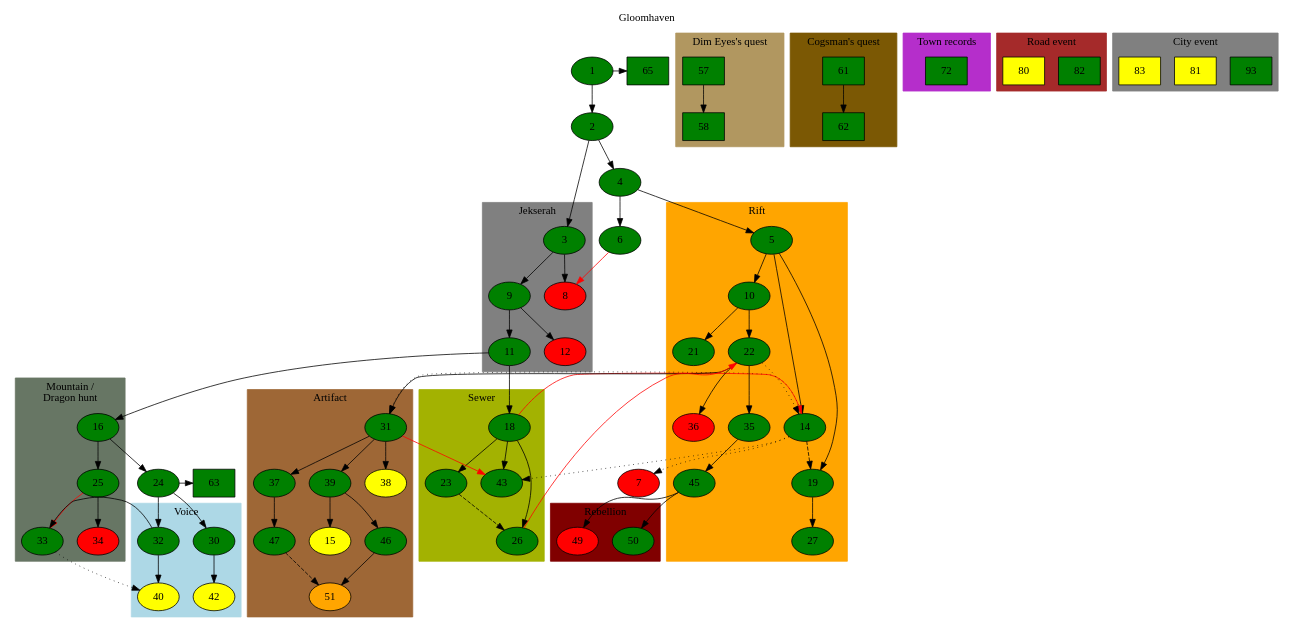
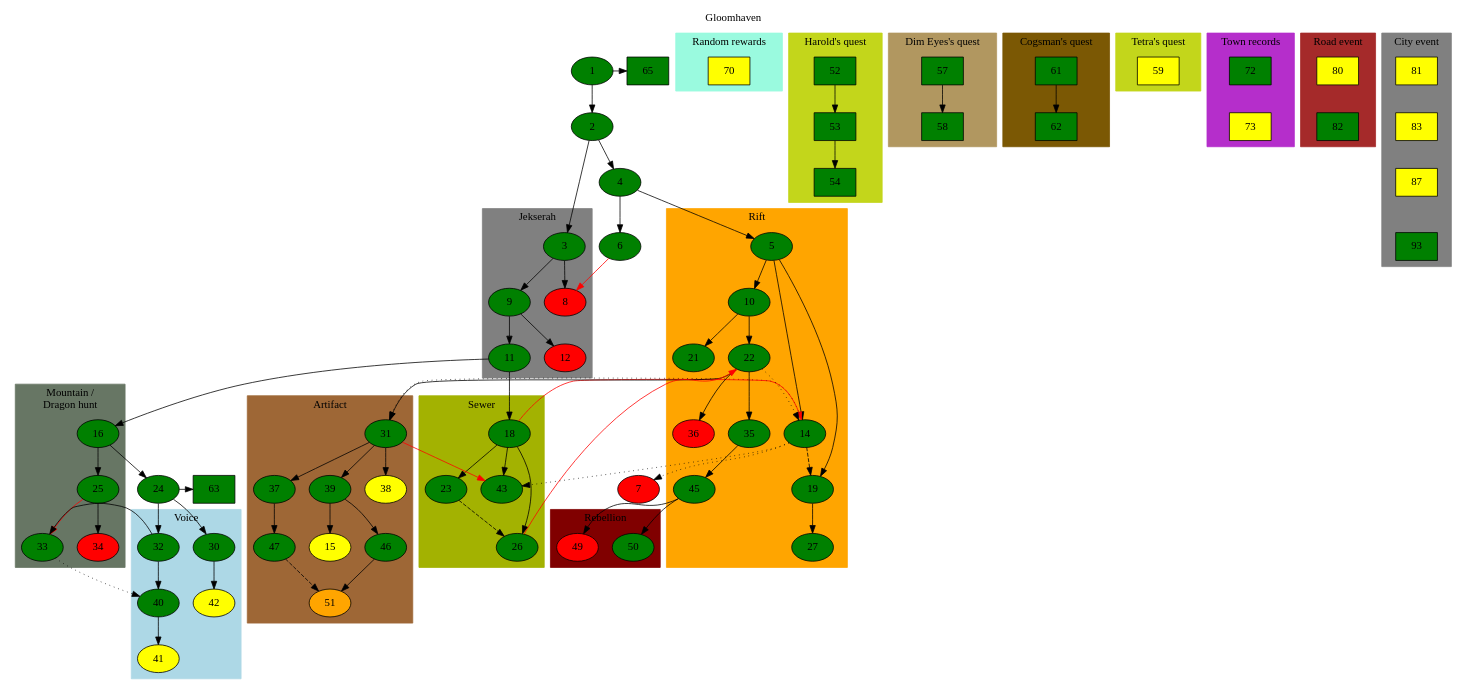
The diagram in scenarios.dot (PickledChris/gloomhaven-scenario-tracking), drawn with Graphviz before and after one commit. The commit also changed 1 other file, not shown here.

```diff
--- a/scenarios.dot
+++ b/scenarios.dot
@@ -1,165 +1,195 @@
 digraph world {
 	label="Gloomhaven";
 	labelloc="top";
 
 	# Normal, completed
-	1,2,3,4,5,6,9,10,11,14,16,18,19,21,22,23,24,25,26,27,30,31,32,33,35,37,39,43,45,46,47,50 [style=filled fillcolor="green"];
+	1,2,3,4,5,6,9,10,11,14,16,18,19,21,22,23,24,25,26,27,30,
+	31,32,33,35,37,39,40,43,45,46,47,50 [style=filled fillcolor="green"];
 	# Normal, incomplete
-	15,38,40,42 [style=filled fillcolor="yellow"];
+	15,38,41,42,70 [style=filled fillcolor="yellow"];
 	# Normal, incomplete, requirements not met
 	51 [style=filled fillcolor="orange"];
 	# Normal, uncompletable
 	7,8,12,34,36,49[style=filled fillcolor="red"];
+	# Completed, casual
+	# 7
+	# "Unlocked" in casual
+	# 20
 
 	# Side, completed
 	## Personal quest
-	57,58,61,62 [style=filled fillcolor="green" shape=box]; 
-	## Random reward
+	52,53,54,57,58,61,62 [style=filled fillcolor="green" shape=box]; 
+	59 [style=filled fillcolor="yellow" shape=box]; 
 	63,65 [style=filled fillcolor="green" shape=box]; 
+	70 [style=filled fillcolor="yellow" shape=box]; 
 	{rank=same; 1 65;}
 	{rank=same; 24 63;}
+	# Town records, road, city events
 	# Complete
-	72 [style=filled fillcolor="green" shape=box]; 
-
-	# Road/City
-	# Complete
-	82,93 [style=filled fillcolor="green" shape=box]; 
+	72,82,93 [style=filled fillcolor="green" shape=box]; 
 	# Incomplete
-	80,81,83 [style=filled fillcolor="yellow" shape=box]; 
+	73,80,81,83,87 [style=filled fillcolor="yellow" shape=box]; 
 
 	1 -> 2;
 	1 -> 65;
 
 	2 -> 3;
 	2 -> 4;
 	4 -> 5;
 	4 -> 6;
 	6 -> 8 [color="red"];
 	14 -> 7 [style="dotted"]; # Reference
 	14 -> 31 [style="dotted"]; # Reference
 	14 -> 43 [style="dotted"]; # Reference
 	11 -> 16;
 	11 -> 18;
 	18 -> 14 [color="red"];
 	26 -> 22 [color="red"];
 	23 -> 26 [style="dashed"]; # Unlocked 
 	24 -> 63;
 	31 -> 43 [color="red"]; # Already unlocked 
 
 	subgraph cluster_0 {
 		label = "Jekserah";
 		style = "filled";
 		color = "grey";
 		3 -> 8;
 		3 -> 9;
 		9 -> 11;
 		9 -> 12;
 	}
 
 	subgraph cluster_1 {
 		label = "Rift";
 		style = "filled";
 		color = "orange";
 		5 -> 10;
 		5 -> 14;
 		5 -> 19;
 		14 -> 19 [style="dashed"]; # Unlocks
 		19 -> 27;
 		10 -> 21;
 		10 -> 22;
 		22 -> 14 [style="dotted"]; # Reference
 		22 -> 35;
 		22 -> 36;
 		35 -> 45;
 	}
 
 	subgraph cluster_2 {
 		label = "Mountain / \n Dragon hunt";
 		style = "filled";
 		color = "#677664";
 		16 -> 24;
 		16 -> 25;
 		25 -> 33 [color="red"];
 		25 -> 34;
 	}
 
 	subgraph cluster_3 {
 		label = "Voice";
 		style = "filled";
 		color = "lightblue";
 		24 -> 32;
 		24 -> 30;
 		30 -> 42;
 		32 -> 33;
 		32 -> 40;
 		33 -> 40[style="dotted"]; # Reference
+		40 -> 41;
 	}
 
 	subgraph cluster_4 {
 		label = "Sewer";
 		style = "filled";
 		color = "#a3b201";
 		18 -> 23;
 		18 -> 26;
 		18 -> 43;
 	}
 
 	subgraph cluster_5 {
 		label = "Rebellion";
 		style = "filled";
 		color = "maroon";
 		45 -> 49;
 		45 -> 50;
 	}
 	
 	subgraph cluster_6 {
 		label = "Artifact";
 		style = "filled";
 		color = "#9e6736";
 		22 -> 31;
 		31 -> 37;
 		31 -> 38;
 		31 -> 39;
 		39 -> 46;
 		39 -> 15;
 		46 -> 51;
 		37 -> 47;
 		47 -> 51[style="dashed"]; # Unlocked 
 
 	}
 
 	subgraph cluster_10 {
 		label = "Cogsman's quest";
 		style = "filled";
 		color = "#7b5804";
 		61 -> 62;
 	}
 
 	subgraph cluster_11 {
 		label = "Dim Eyes's quest";
 		style = "filled";
 		color = "#b19760";
 		57-> 58;
 	}
 
+	subgraph cluster_12 {
+		label = "Harold's quest";
+		style = "filled";
+		color = "#C3D61B";
+		52 -> 53;
+		53 -> 54;
+	}
+
+	subgraph cluster_13 {
+		label = "Tetra's quest";
+		style = "filled";
+		color = "#C3D61B";
+		59;
+	}
+
 	subgraph cluster_20 {
 		label = "City event";
 		style = "filled";
 		color = "grey";
-		81,83,93;
+		81,83,87,93; 
+		81 -> 83 -> 87 -> 93 [style="invis"]; # Stacking hack
 	}
 
 	subgraph cluster_21 {
 		label = "Road event";
 		style = "filled";
 		color = "brown";
 		80, 82;
+		80 -> 82 [style="invis"]; # Stacking hack
 	}
 
 	subgraph cluster_22 {
 		label = "Town records";
 		style = "filled";
 		color = "#b52ecb";
 		72;
+		73;
+		72 -> 73 [style="invis"]; # Stacking hack
+	}
+	
+	subgraph cluster_23 {
+		label = "Random rewards";
+		style = "filled";
+		color = "#9afadf";
+		70;
 	}
 }
```
